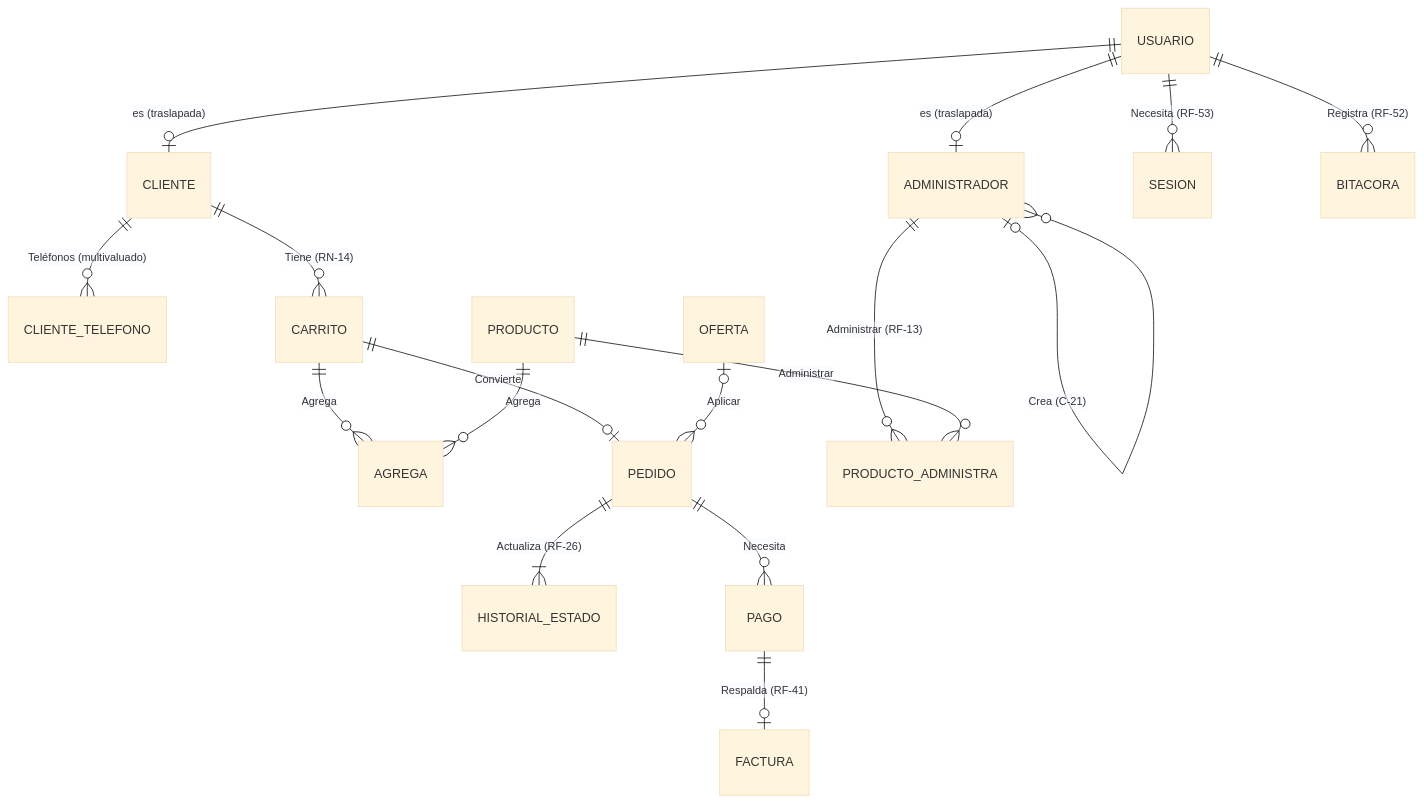
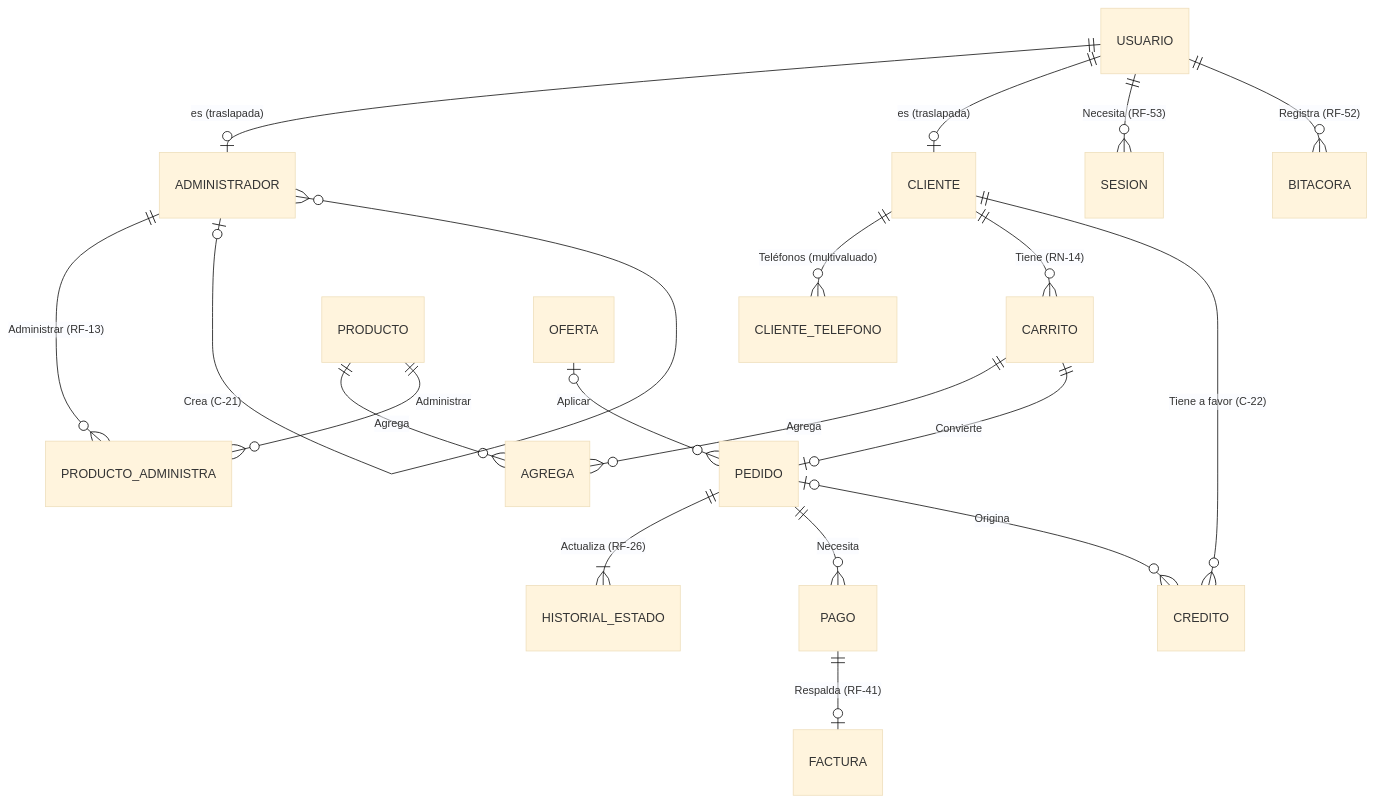
One commit to juanselospi/21CoPilots_PIBasesIngesoft changed the diagram in documentos/diseño/modelo-datos.md. Above: the diagram before and after it, drawn with Mermaid (base theme). The commit also changed other lines of this file and 5 other files, not shown here.

Commit message:
feat(database): migración 017, créditos a favor del cliente (SCRUM-95)

````diff
--- a/documentos/diseño/modelo-datos.md
+++ b/documentos/diseño/modelo-datos.md
@@ -42,19 +42,21 @@
 ```mermaid
 erDiagram
     USUARIO ||--o| ADMINISTRADOR : "es (traslapada)"
     USUARIO ||--o| CLIENTE : "es (traslapada)"
     USUARIO ||--o{ SESION : "Necesita (RF-53)"
     CLIENTE ||--o{ CLIENTE_TELEFONO : "Teléfonos (multivaluado)"
     CLIENTE ||--o{ CARRITO : "Tiene (RN-14)"
     CARRITO ||--o{ AGREGA : Agrega
     PRODUCTO ||--o{ AGREGA : Agrega
     CARRITO ||--o| PEDIDO : Convierte
     OFERTA |o--o{ PEDIDO : Aplicar
     PEDIDO ||--|{ HISTORIAL_ESTADO : "Actualiza (RF-26)"
     PEDIDO ||--o{ PAGO : Necesita
     PAGO ||--o| FACTURA : "Respalda (RF-41)"
     ADMINISTRADOR ||--o{ PRODUCTO_ADMINISTRA : "Administrar (RF-13)"
     PRODUCTO ||--o{ PRODUCTO_ADMINISTRA : Administrar
     USUARIO ||--o{ BITACORA : "Registra (RF-52)"
     ADMINISTRADOR |o--o{ ADMINISTRADOR : "Crea (C-21)"
+    CLIENTE ||--o{ CREDITO : "Tiene a favor (C-22)"
+    PEDIDO |o--o{ CREDITO : Origina
 ```
````
